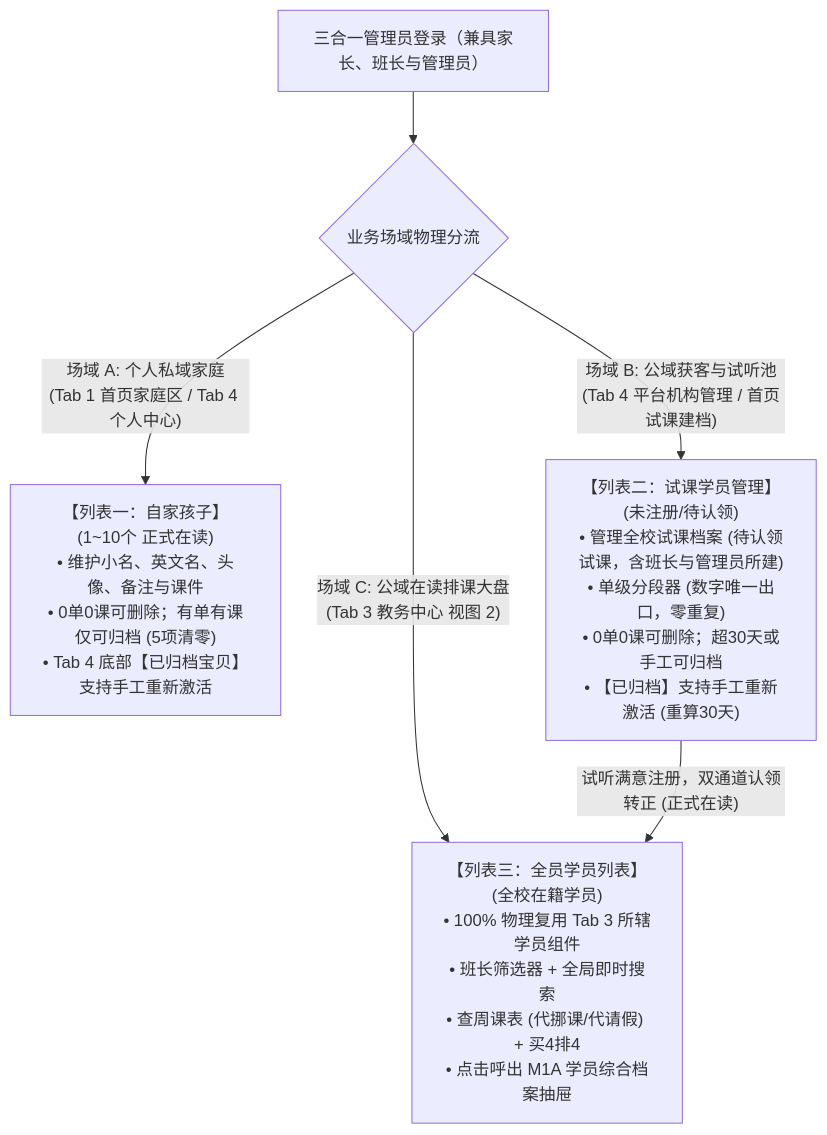
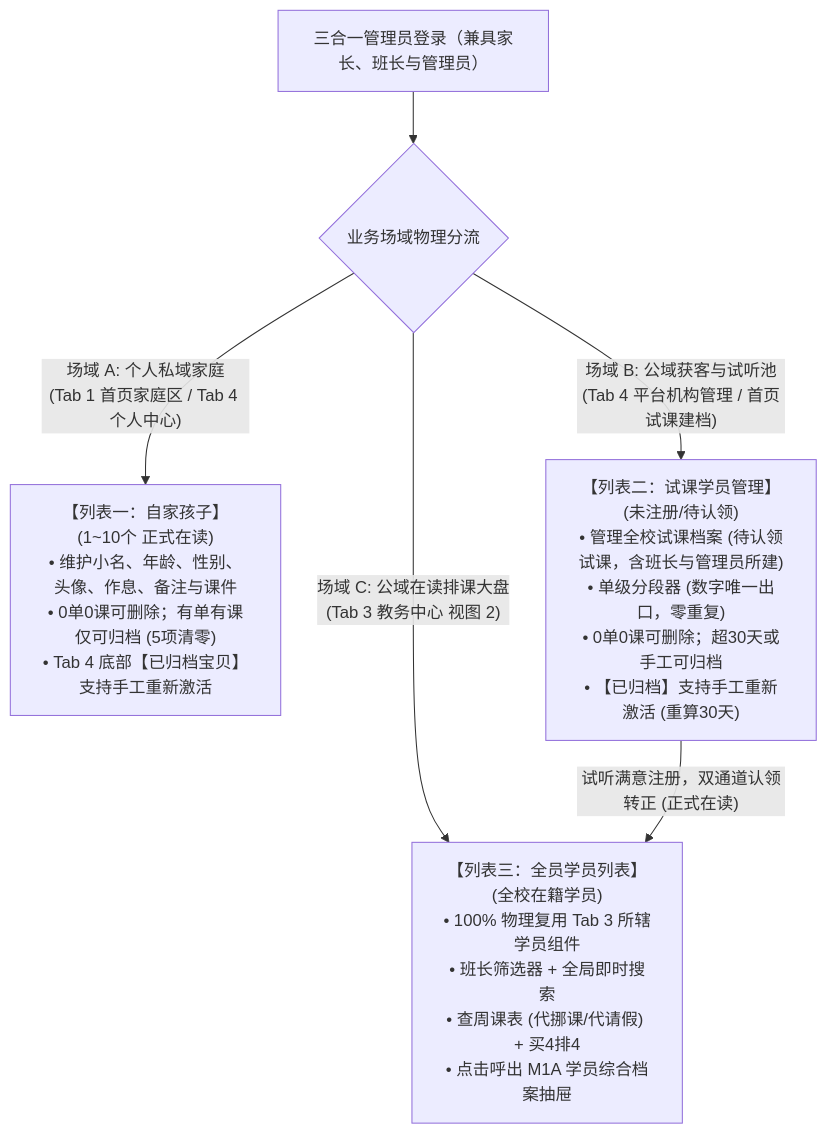
The fifth of 6 diagrams in docs/prd/m1a_student_profile.md (Onezao/dream), drawn with Mermaid before and after one commit. The commit also changed other lines of this file and 34 other files, not shown here.

````diff
--- a/docs/prd/m1a_student_profile.md
+++ b/docs/prd/m1a_student_profile.md
@@ -162,12 +162,12 @@
 ```mermaid
 flowchart TD
     AdminUser["三合一管理员登录（兼具家长、班长与管理员）"] --> SplitField{"业务场域物理分流"}
     
-    SplitField -->|"场域 A: 个人私域家庭<br/>(Tab 1 首页家庭区 / Tab 4 个人中心)"| L1["【列表一：自家孩子】(1~10个 正式在读)<br/>• 维护小名、英文名、头像、备注与课件<br/>• 0单0课可删除；有单有课仅可归档 (5项清零)<br/>• Tab 4 底部【已归档宝贝】支持手工重新激活"]
+    SplitField -->|"场域 A: 个人私域家庭<br/>(Tab 1 首页家庭区 / Tab 4 个人中心)"| L1["【列表一：自家孩子】(1~10个 正式在读)<br/>• 维护小名、年龄、性别、头像、作息、备注与课件<br/>• 0单0课可删除；有单有课仅可归档 (5项清零)<br/>• Tab 4 底部【已归档宝贝】支持手工重新激活"]
     
     SplitField -->|"场域 B: 公域获客与试听池<br/>(Tab 4 平台机构管理 / 首页试课建档)"| L2["【列表二：试课学员管理】(未注册/待认领)<br/>• 管理全校试课档案 (待认领试课，含班长与管理员所建)<br/>• 单级分段器 (数字唯一出口，零重复)<br/>• 0单0课可删除；超30天或手工可归档<br/>• 【已归档】支持手工重新激活 (重算30天)"]
     
     SplitField -->|"场域 C: 公域在读排课大盘<br/>(Tab 3 教务中心 视图 2)"| L3["【列表三：全员学员列表】(全校在籍学员)<br/>• 100% 物理复用 Tab 3 所辖学员组件<br/>• 班长筛选器 + 全局即时搜索<br/>• 查周课表 (代挪课/代请假) + 买4排4<br/>• 点击呼出 M1A 学员综合档案抽屉"]
     
     L2 -->|"试听满意注册，双通道认领转正 (正式在读)"| L3
 ```
````
